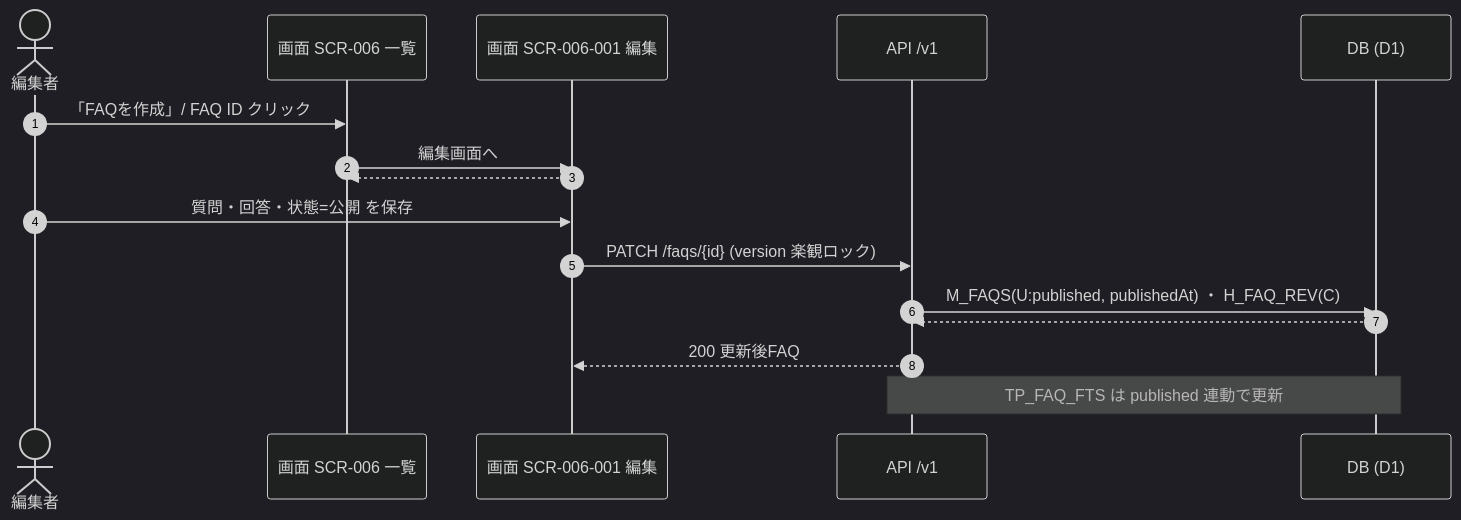
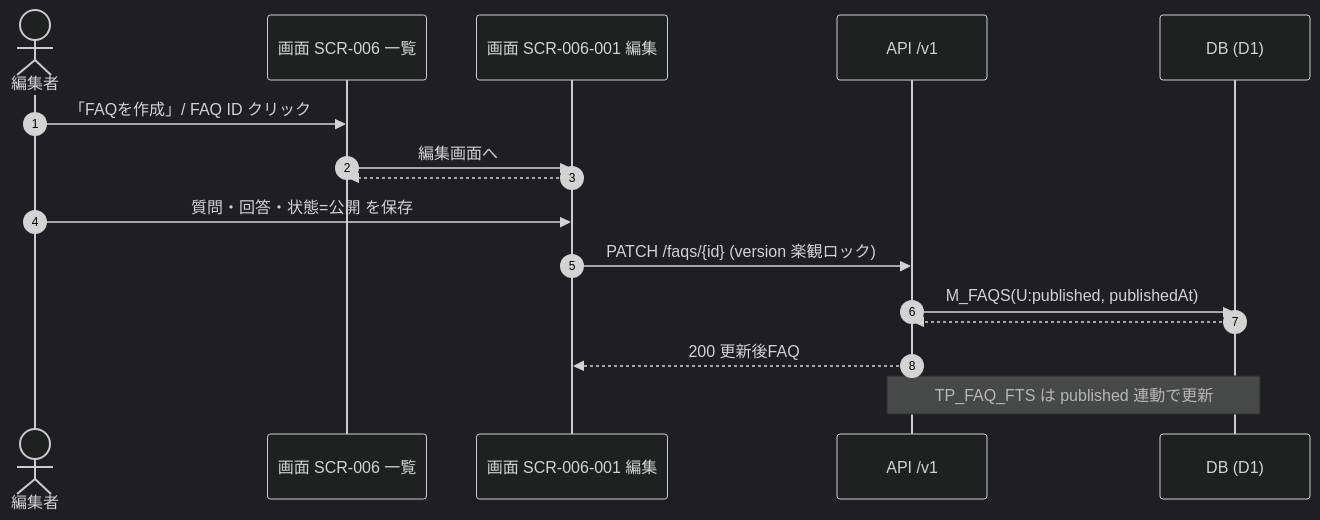
The fifth of 10 diagrams in 02_basic-design/04_usecase-design.md (sikakou54/open-faq), drawn with Mermaid (dark theme) before and after one commit. The commit also changed other lines of this file and 12 other files, not shown here.

First line of the commit message:
FAQ改訂履歴機能(H_FAQ_REV)を全層から削除

````diff
--- a/02_basic-design/04_usecase-design.md
+++ b/02_basic-design/04_usecase-design.md
@@ -250,18 +250,18 @@
 ```mermaid
 sequenceDiagram
   autonumber
   actor M as 編集者
   participant S6 as 画面 SCR-006 一覧
   participant SE as 画面 SCR-006-001 編集
   participant API as API /v1
   participant DB as DB (D1)
   M->>S6: 「FAQを作成」/ FAQ ID クリック
   S6->>SE: 編集画面へ
   SE-->>S6: 
   M->>SE: 質問・回答・状態=公開 を保存
   SE->>API: PATCH /faqs/{id} (version 楽観ロック)
-  API->>DB: M_FAQS(U:published, publishedAt) ・ H_FAQ_REV(C)
+  API->>DB: M_FAQS(U:published, publishedAt)
   DB-->>API: 
   API-->>SE: 200 更新後FAQ
   Note over API,DB: TP_FAQ_FTS は published 連動で更新
 ```
````
